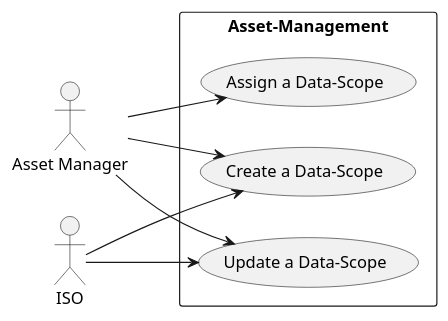
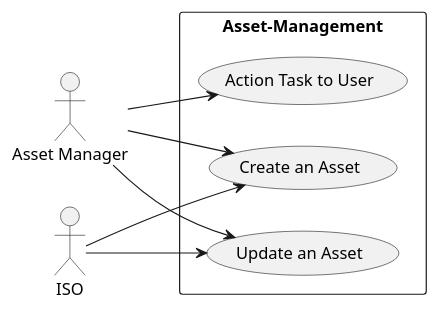
Before and after one commit to COS301-SE-2023/InfoSafe: the diagram in Documentation/Diagrams/Asset-Management.puml, drawn with PlantUML. The commit also changed 2 other files, not shown here.

Commit message:
Created Compliance-matrix UseCase diagram

```diff
--- a/Documentation/Diagrams/Asset-Management.puml
+++ b/Documentation/Diagrams/Asset-Management.puml
@@ -1,15 +1,15 @@
 @startuml
 left to right direction
 actor "Asset Manager" as am
 actor "ISO" as iso
 rectangle Asset-Management {
-  usecase "Create a Data-Scope" as UC1
-  usecase "Update a Data-Scope" as UC2
-  usecase "Assign a Data-Scope" as UC3
+  usecase "Create an Asset" as UC1
+  usecase "Update an Asset" as UC2
+  usecase "Action Task to User" as UC3
 }
 iso --> UC1
 iso --> UC2
 am --> UC1
 am --> UC2
 am --> UC3
 @enduml
```
